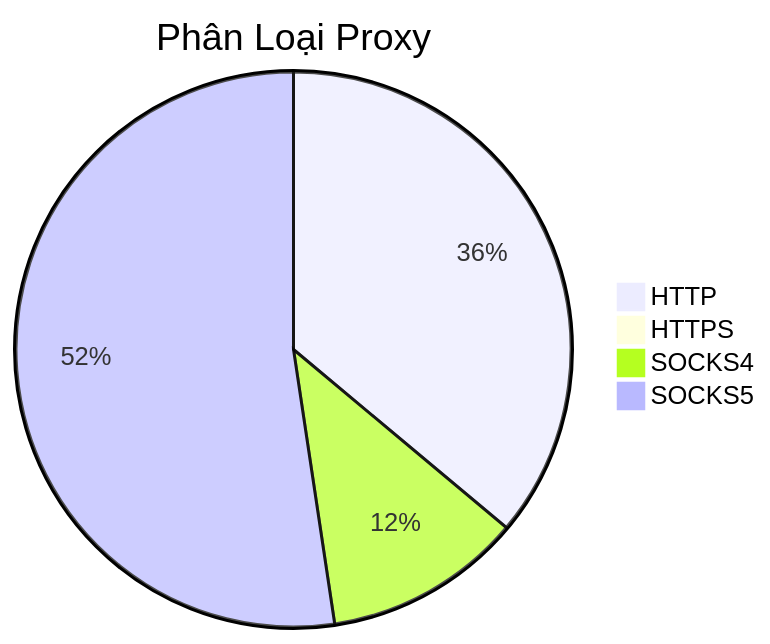
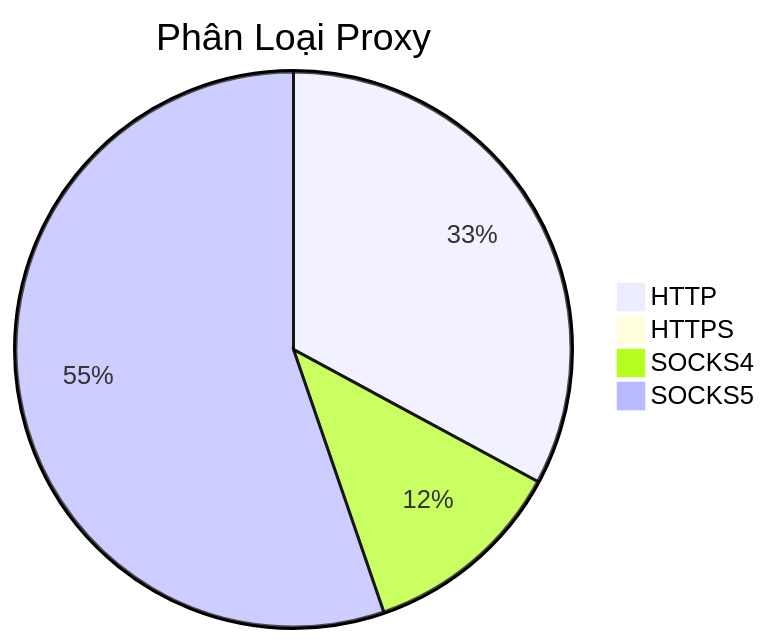
Before and after one commit to Ciara-12/PROXY-free: the diagram in README.md, drawn with Mermaid. The commit also changed other lines of this file and 3 other files, not shown here.

````diff
--- a/README.md
+++ b/README.md
@@ -26,7 +26,7 @@
 ```mermaid
 pie title Phân Loại Proxy
-    "HTTP" : 935
+    "HTTP" : 811
     "HTTPS" : 0
-    "SOCKS4" : 299
-    "SOCKS5" : 1357
+    "SOCKS4" : 292
+    "SOCKS5" : 1363
 ```
````
